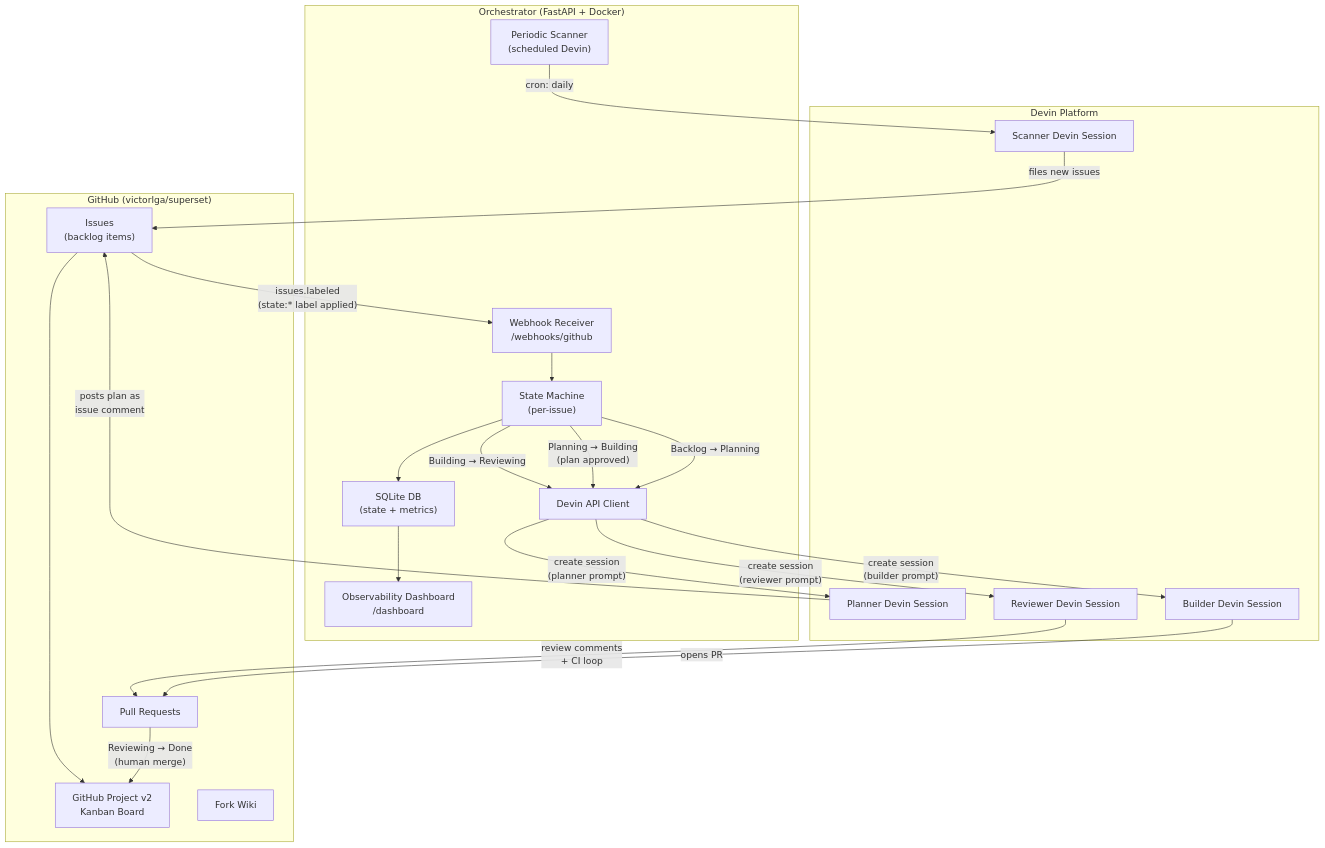
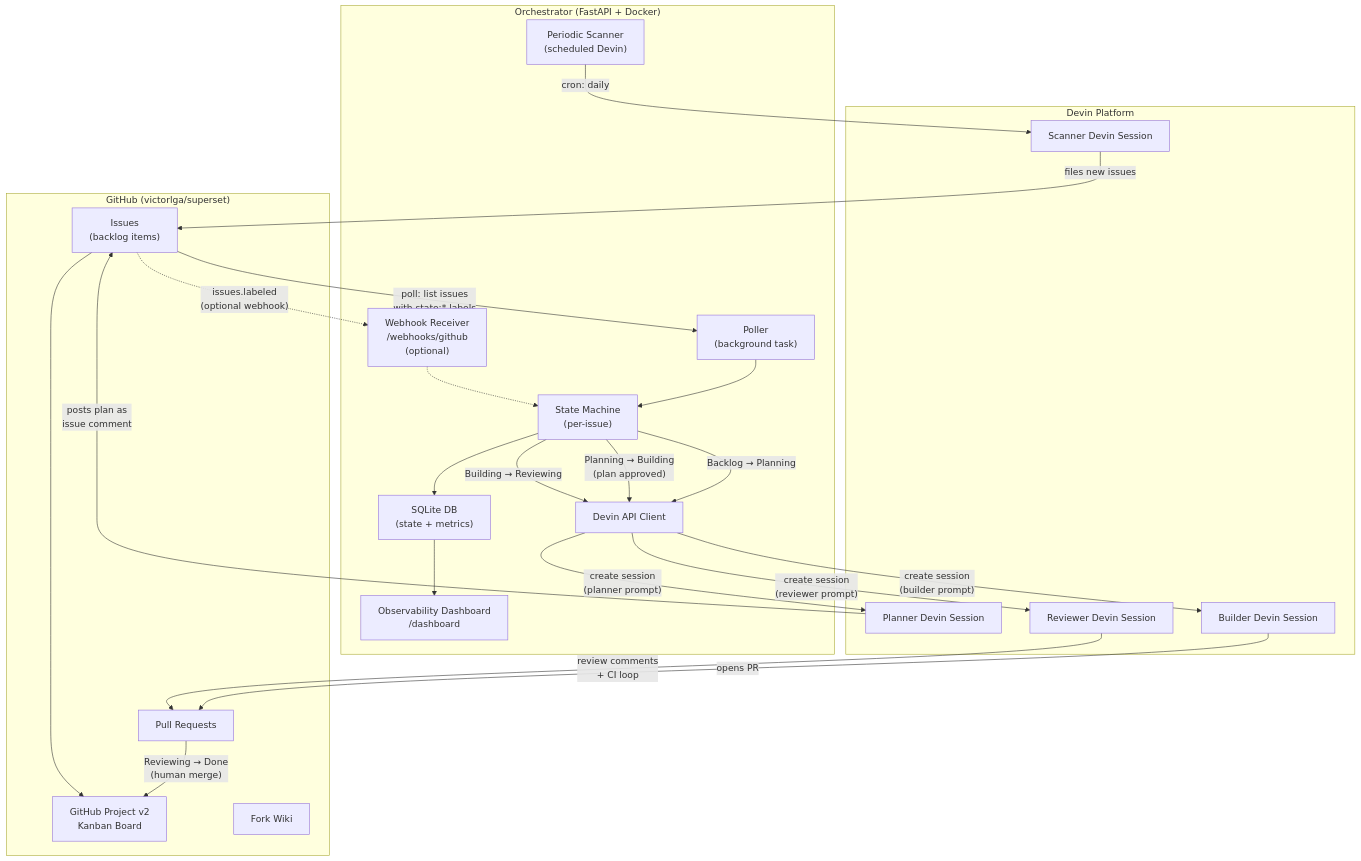
One commit to victorlga/cognition-takehome changed the diagram in docs/ARCHITECTURE.md. Above: the diagram before and after it, drawn with Mermaid. The commit also changed other lines of this file and 14 other files, not shown here.

First line of the commit message:
feat: replace webhook-based trigger with polling as primary trigger

````diff
--- a/docs/ARCHITECTURE.md
+++ b/docs/ARCHITECTURE.md
@@ -14,51 +14,54 @@
 ```mermaid
 flowchart TB
     subgraph GitHub ["GitHub (victorlga/superset)"]
         Issues["Issues\n(backlog items)"]
         Project["GitHub Project v2\nKanban Board"]
         PRs["Pull Requests"]
         Wiki["Fork Wiki"]
     end
 
     subgraph Orchestrator ["Orchestrator (FastAPI + Docker)"]
-        Webhook["Webhook Receiver\n/webhooks/github"]
+        Poller["Poller\n(background task)"]
+        Webhook["Webhook Receiver\n/webhooks/github\n(optional)"]
         SM["State Machine\n(per-issue)"]
         DevinClient["Devin API Client"]
         DB["SQLite DB\n(state + metrics)"]
         Scheduler["Periodic Scanner\n(scheduled Devin)"]
         Dashboard["Observability Dashboard\n/dashboard"]
     end
 
     subgraph DevinCloud ["Devin Platform"]
         PlannerSession["Planner Devin Session"]
         BuilderSession["Builder Devin Session"]
         ReviewerSession["Reviewer Devin Session"]
         ScannerSession["Scanner Devin Session"]
     end
 
-    %% Event flow
-    Issues -- "issues.labeled\n(state:* label applied)" --> Webhook
-    Webhook --> SM
+    %% Event flow (polling is primary, webhook is optional)
+    Issues -- "poll: list issues\nwith state:* labels" --> Poller
+    Poller --> SM
+    Issues -. "issues.labeled\n(optional webhook)" .-> Webhook
+    Webhook -.-> SM
     SM -- "Backlog → Planning" --> DevinClient
     DevinClient -- "create session\n(planner prompt)" --> PlannerSession
     PlannerSession -- "posts plan as\nissue comment" --> Issues
 
     SM -- "Planning → Building\n(plan approved)" --> DevinClient
     DevinClient -- "create session\n(builder prompt)" --> BuilderSession
     BuilderSession -- "opens PR" --> PRs
 
     SM -- "Building → Reviewing" --> DevinClient
     DevinClient -- "create session\n(reviewer prompt)" --> ReviewerSession
     ReviewerSession -- "review comments\n+ CI loop" --> PRs
 
     PRs -- "Reviewing → Done\n(human merge)" --> Project
 
     %% Periodic scan
     Scheduler -- "cron: daily" --> ScannerSession
     ScannerSession -- "files new issues" --> Issues
     Issues --> Project
 
     %% Observability
     SM --> DB
     DB --> Dashboard
 ```
````
